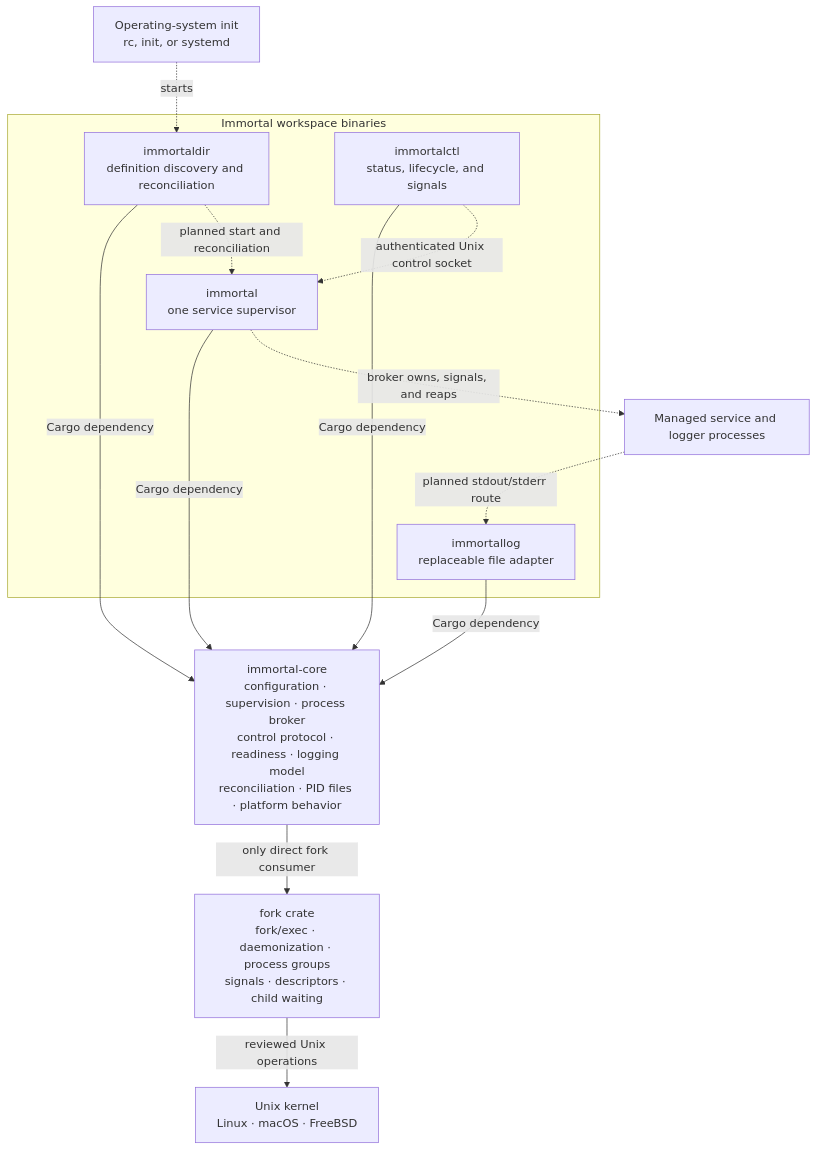
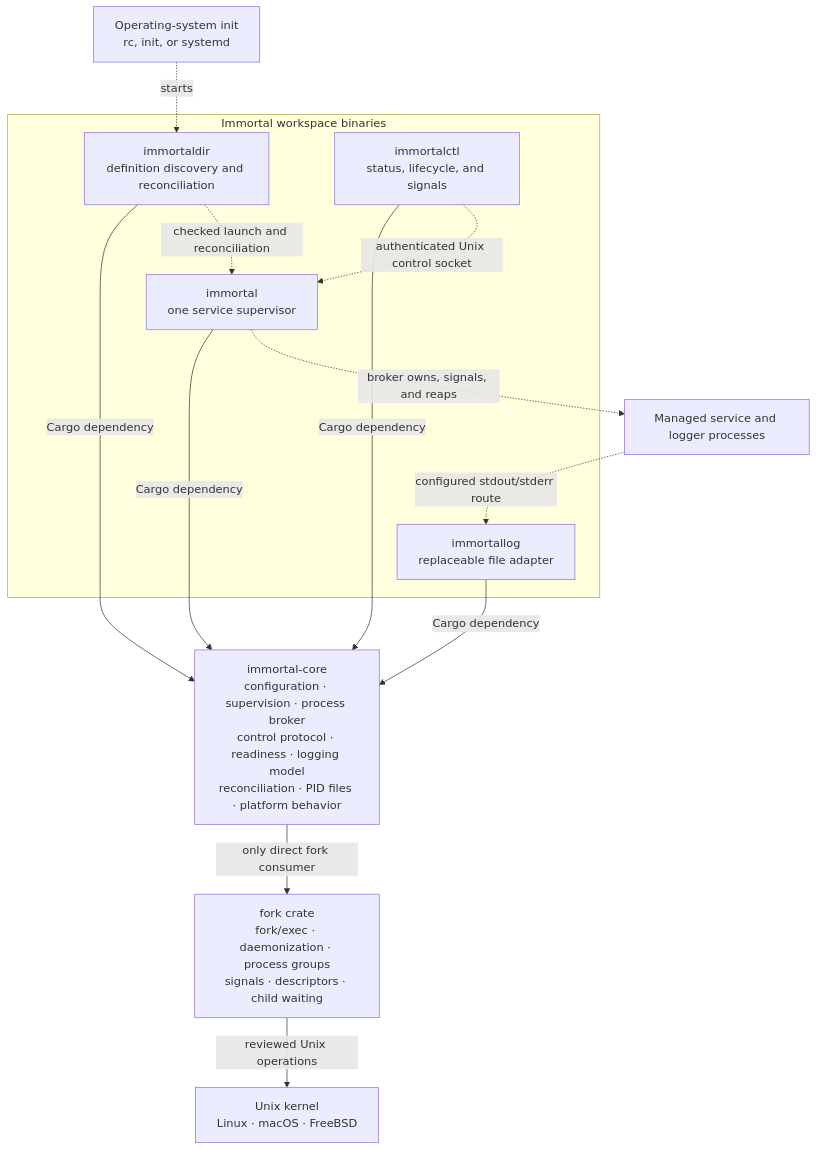
Before and after one commit to immortal/immortal: the diagram in README.md, drawn with Mermaid. The commit also changed other lines of this file and 45 other files, not shown here.

````diff
--- a/README.md
+++ b/README.md
@@ -125,29 +135,29 @@
 ```mermaid
 flowchart TB
     init["Operating-system init<br/>rc, init, or systemd"]
 
     subgraph binaries["Immortal workspace binaries"]
         dir["immortaldir<br/>definition discovery and reconciliation"]
         daemon["immortal<br/>one service supervisor"]
         ctl["immortalctl<br/>status, lifecycle, and signals"]
         log["immortallog<br/>replaceable file adapter"]
     end
 
     core["immortal-core<br/>configuration · supervision · process broker<br/>control protocol · readiness · logging model<br/>reconciliation · PID files · platform behavior"]
     fork["fork crate<br/>fork/exec · daemonization · process groups<br/>signals · descriptors · child waiting"]
     kernel["Unix kernel<br/>Linux · macOS · FreeBSD"]
     service["Managed service and logger processes"]
 
     daemon -->|Cargo dependency| core
     ctl -->|Cargo dependency| core
     dir -->|Cargo dependency| core
     log -->|Cargo dependency| core
     core -->|only direct fork consumer| fork
     fork -->|reviewed Unix operations| kernel
 
     init -.->|starts| dir
-    dir -.->|planned start and reconciliation| daemon
+    dir -.->|checked launch and reconciliation| daemon
     ctl -.->|authenticated Unix control socket| daemon
     daemon -.->|broker owns, signals, and reaps| service
-    service -.->|planned stdout/stderr route| log
+    service -.->|configured stdout/stderr route| log
 ```
````
